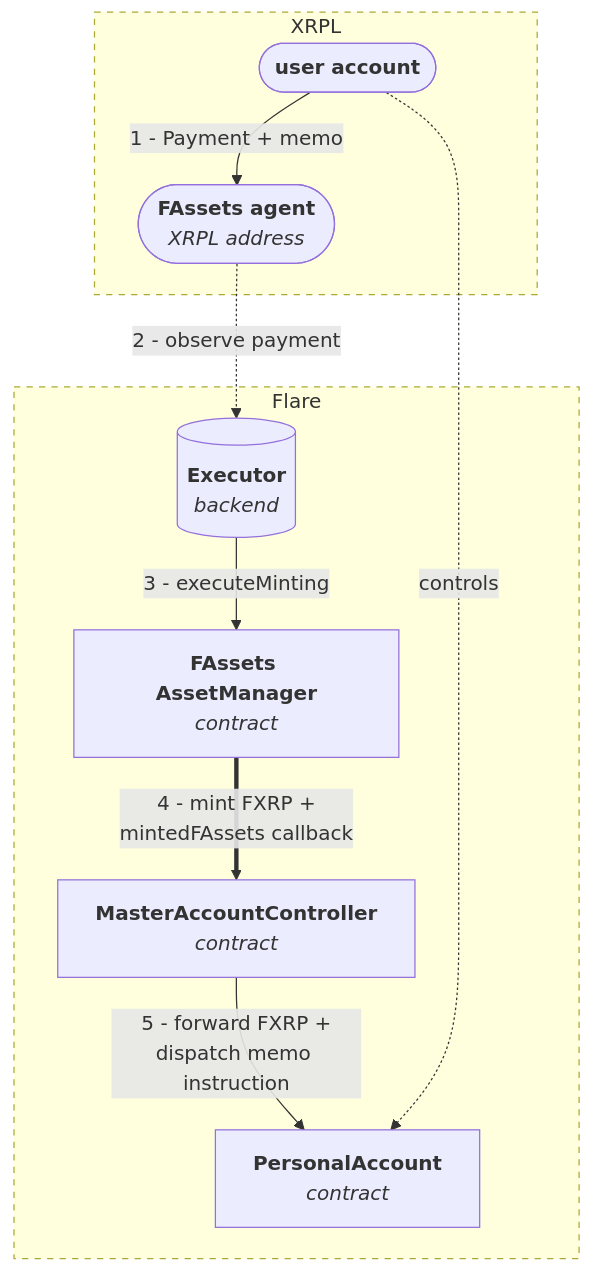
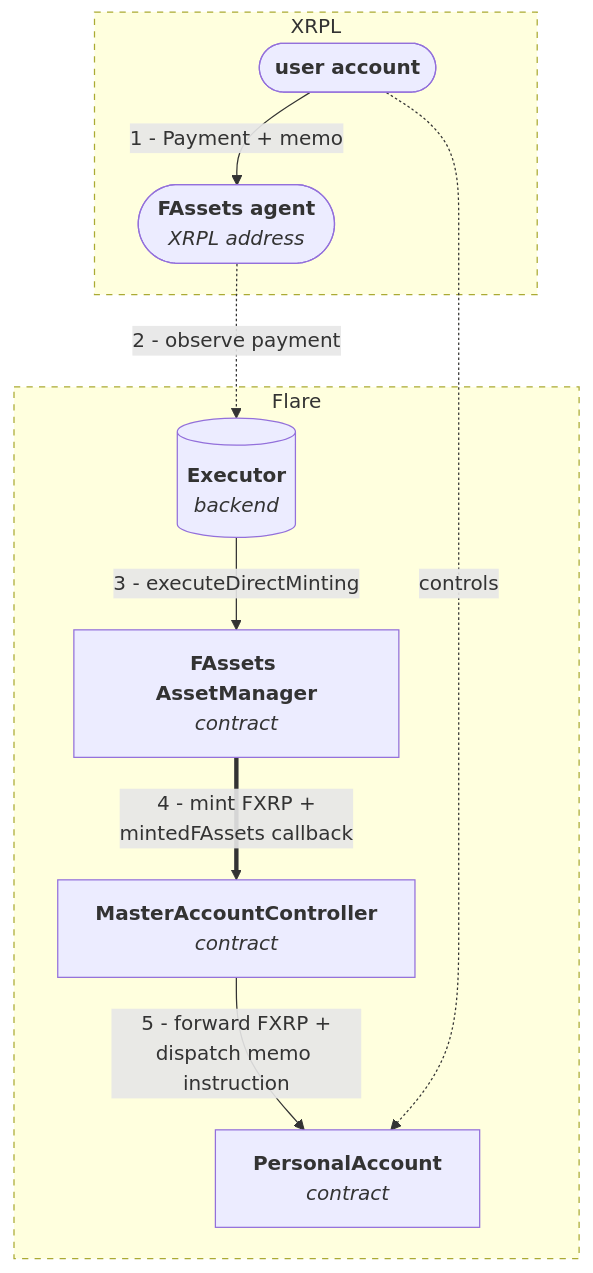
One commit to flare-foundation/developer-hub changed the diagram in docs/smart-accounts/1-overview.mdx. Above: the diagram before and after it, drawn with Mermaid. The commit also changed other lines of this file, not shown here.

Commit message:
fix(docs): refine Flare Smart Accounts overview for clarity and consistency

````diff
--- a/docs/smart-accounts/1-overview.mdx
+++ b/docs/smart-accounts/1-overview.mdx
@@ -58,24 +58,24 @@
 ```mermaid
 graph TB
-    subgraph XRPL["XRPL"]
-        User(["<b>user account</b>"])
-        Agent(["<b>FAssets agent</b><br/><i>XRPL address</i>"])
-    end
+ subgraph XRPL["XRPL"]
+ User(["<b>user account</b>"])
+ Agent(["<b>FAssets agent</b><br/><i>XRPL address</i>"])
+ end
 
-    subgraph Flare["Flare"]
-        Executor[("<b>Executor</b><br/><i>backend</i>")]
-        AssetManager["<b>FAssets AssetManager</b><br/><i>contract</i>"]
-        MAC["<b>MasterAccountController</b><br/><i>contract</i>"]
-        PA["<b>PersonalAccount</b><br/><i>contract</i>"]
-    end
+ subgraph Flare["Flare"]
+ Executor[("<b>Executor</b><br/><i>backend</i>")]
+ AssetManager["<b>FAssets AssetManager</b><br/><i>contract</i>"]
+ MAC["<b>MasterAccountController</b><br/><i>contract</i>"]
+ PA["<b>PersonalAccount</b><br/><i>contract</i>"]
+ end
 
-    User -- "1 - Payment + memo" --> Agent
-    Agent -. "2 - observe payment" .-> Executor
-    Executor -- "3 - executeMinting" --> AssetManager
-    AssetManager == "4 - mint FXRP +<br/>mintedFAssets callback" ==> MAC
-    MAC -- "5 - forward FXRP +<br/>dispatch memo instruction" --> PA
-    User -. "controls" .-> PA
+ User -- "1 - Payment + memo" --> Agent
+ Agent -. "2 - observe payment" .-> Executor
+ Executor -- "3 - executeDirectMinting" --> AssetManager
+ AssetManager == "4 - mint FXRP +<br/>mintedFAssets callback" ==> MAC
+ MAC -- "5 - forward FXRP +<br/>dispatch memo instruction" --> PA
+ User -. "controls" .-> PA
 
-    style Flare stroke-dasharray: 5 5
-    style XRPL stroke-dasharray: 5 5
+ style Flare stroke-dasharray: 5 5
+ style XRPL stroke-dasharray: 5 5
 ```
````
